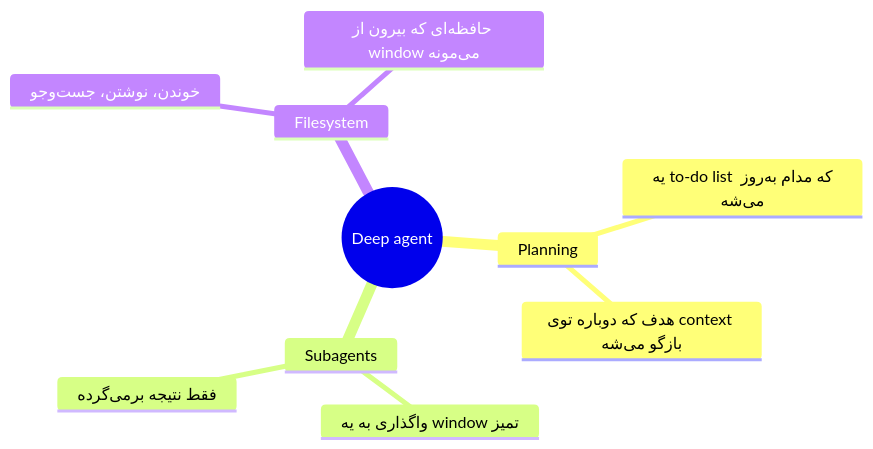
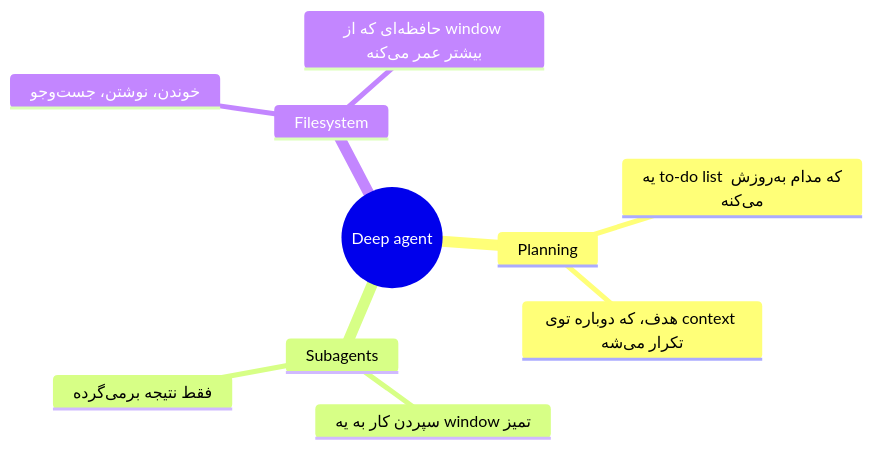
One commit to lokumai/ai-engineering-bazaar changed the first of 2 diagrams in mini-courses/2_intermediate/context_engineering_fa.md. Above: the diagram before and after it, drawn with Mermaid. The commit also changed other lines of this file and 82 other files, not shown here.

````diff
--- a/mini-courses/2_intermediate/context_engineering_fa.md
+++ b/mini-courses/2_intermediate/context_engineering_fa.md
@@ -141,13 +141,13 @@
 ```mermaid
 mindmap
   root((Deep agent))
     Planning
-      یه to-do list که مدام به‌روز می‌شه
-      هدف که دوباره توی context بازگو می‌شه
+      یه to-do list که مدام به‌روزش می‌کنه
+      هدف، که دوباره توی context تکرار می‌شه
     Subagents
-      واگذاری به یه window تمیز
+      سپردن کار به یه window تمیز
       فقط نتیجه برمی‌گرده
     Filesystem
       خوندن، نوشتن، جست‌وجو
-      حافظه‌ای که بیرون از window می‌مونه
+      حافظه‌ای که از window بیشتر عمر می‌کنه
 ```
````
